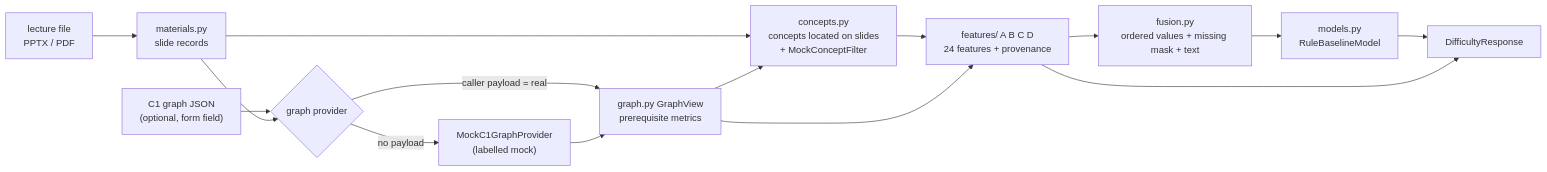
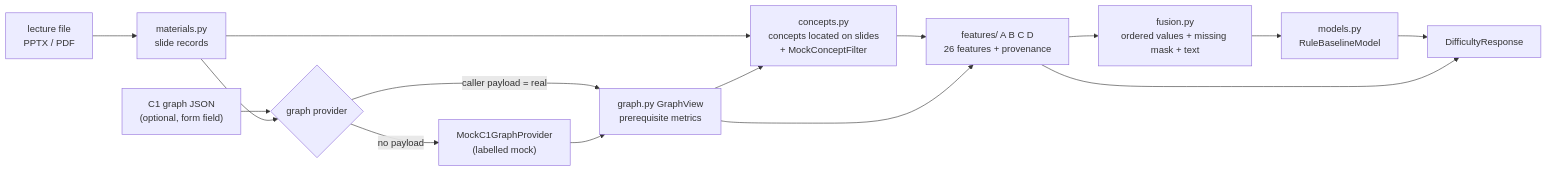
Before and after one commit to induranga2004/EduTwin-AI: the diagram in docs/edusync/c2-difficulty.md, drawn with Mermaid. The commit also changed other lines of this file and 3 other files, not shown here.

````diff
--- a/docs/edusync/c2-difficulty.md
+++ b/docs/edusync/c2-difficulty.md
@@ -37,17 +37,17 @@
 ```mermaid
 flowchart LR
   F["lecture file<br/>PPTX / PDF"] --> M["materials.py<br/>slide records"]
   G["C1 graph JSON<br/>(optional, form field)"] --> P{"graph provider"}
   M --> P
   P -->|caller payload = real| GV["graph.py GraphView<br/>prerequisite metrics"]
   P -->|no payload| MK["MockC1GraphProvider<br/>(labelled mock)"]
   MK --> GV
   M --> CO["concepts.py<br/>concepts located on slides<br/>+ MockConceptFilter"]
   GV --> CO
-  CO --> FE["features/ A B C D<br/>24 features + provenance"]
+  CO --> FE["features/ A B C D<br/>26 features + provenance"]
   GV --> FE
   FE --> FU["fusion.py<br/>ordered values + missing mask + text"]
   FU --> MO["models.py<br/>RuleBaselineModel"]
   MO --> R["DifficultyResponse"]
   FE --> R
 ```
````
